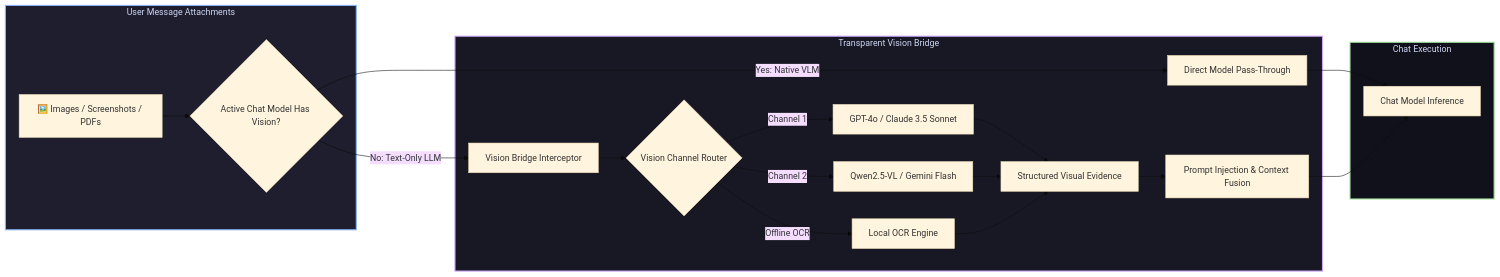
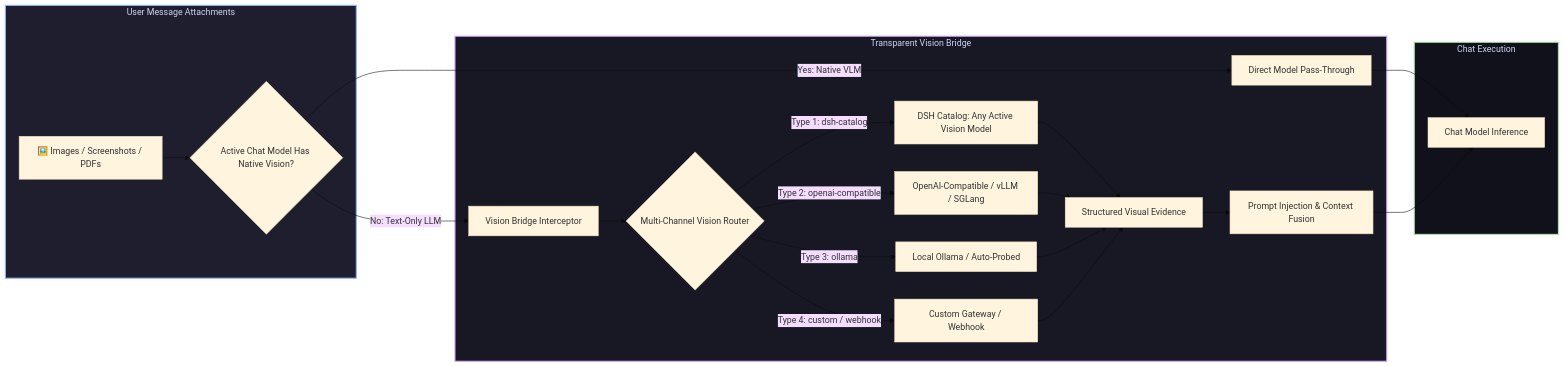
The diagram in README.md (GooDAnDReaDY/dsh-vision-bridge), drawn with Mermaid (base theme) before and after one commit. The commit also changed other lines of this file and 2 other files, not shown here.

Commit message:
docs: correct dsh-vision-bridge channels architecture to reflect dynamic 5 channel types and autoLocalOllama

````diff
--- a/README.md
+++ b/README.md
@@ -32,28 +32,30 @@
 ```mermaid
 graph LR
     subgraph Input [User Message Attachments]
-        Attach[🖼️ Images / Screenshots / PDFs] --> Check{Active Chat Model Has Vision?}
+        Attach[🖼️ Images / Screenshots / PDFs] --> Check{Active Chat Model Has Native Vision?}
     end
 
     subgraph Transparent [Transparent Vision Bridge]
         Check -->|Yes: Native VLM| Pass[Direct Model Pass-Through]
         Check -->|No: Text-Only LLM| Interceptor[Vision Bridge Interceptor]
-        Interceptor --> VisionRouter{Vision Channel Router}
-        VisionRouter -->|Channel 1| V1[GPT-4o / Claude 3.5 Sonnet]
-        VisionRouter -->|Channel 2| V2[Qwen2.5-VL / Gemini Flash]
-        VisionRouter -->|Offline OCR| V3[Local OCR Engine]
-        V1 --> Structured[Structured Visual Evidence]
-        V2 --> Structured
-        V3 --> Structured
+        Interceptor --> VisionRouter{Multi-Channel Vision Router}
+        VisionRouter -->|Type 1: dsh-catalog| C1[DSH Catalog: Any Active Vision Model]
+        VisionRouter -->|Type 2: openai-compatible| C2[OpenAI-Compatible / vLLM / SGLang]
+        VisionRouter -->|Type 3: ollama| C3[Local Ollama / Auto-Probed]
+        VisionRouter -->|Type 4: custom / webhook| C4[Custom Gateway / Webhook]
+        C1 --> Structured[Structured Visual Evidence]
+        C2 --> Structured
+        C3 --> Structured
+        C4 --> Structured
         Structured --> Fuse[Prompt Injection & Context Fusion]
     end
 
     subgraph Execution [Chat Execution]
         Pass --> LLM[Chat Model Inference]
         Fuse --> LLM
     end
 
     style Input fill:#1e1e2e,stroke:#89b4fa,stroke-width:2px,color:#cdd6f4
     style Transparent fill:#181825,stroke:#cba6f7,stroke-width:2px,color:#cdd6f4
     style Execution fill:#11111b,stroke:#a6e3a1,stroke-width:2px,color:#cdd6f4
 ```
````
